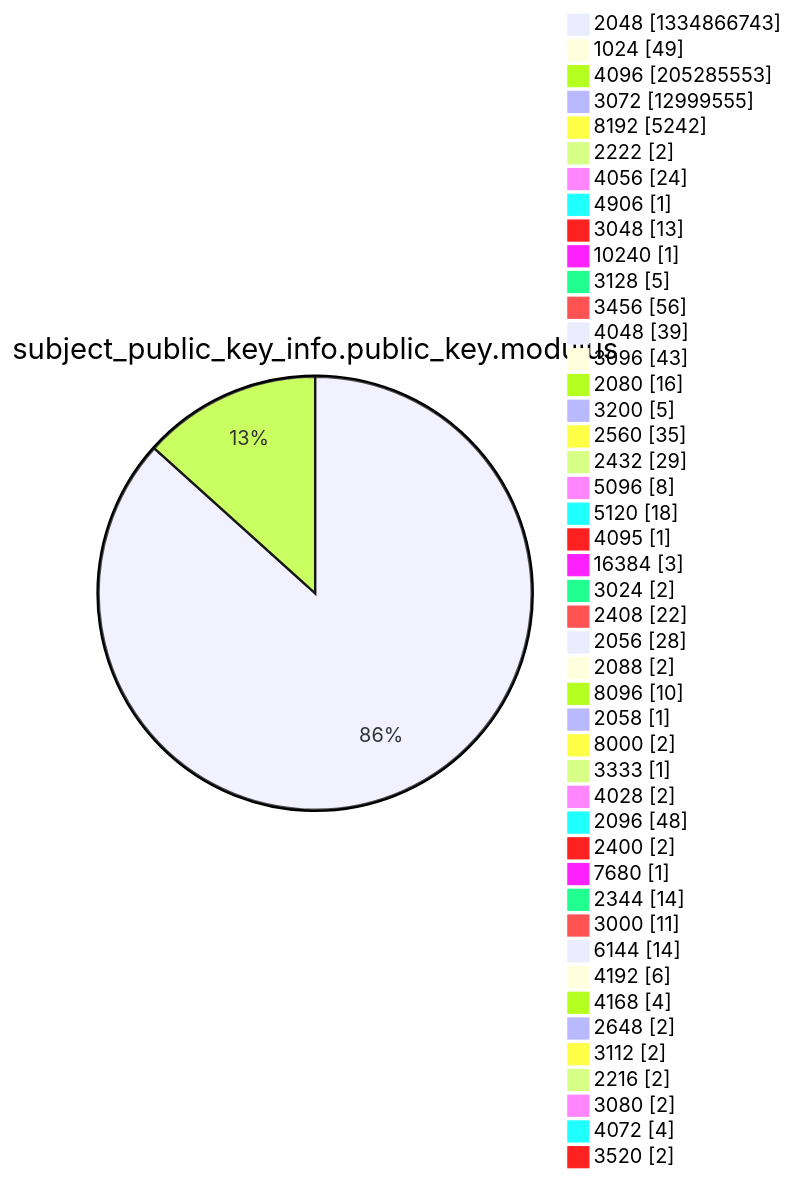
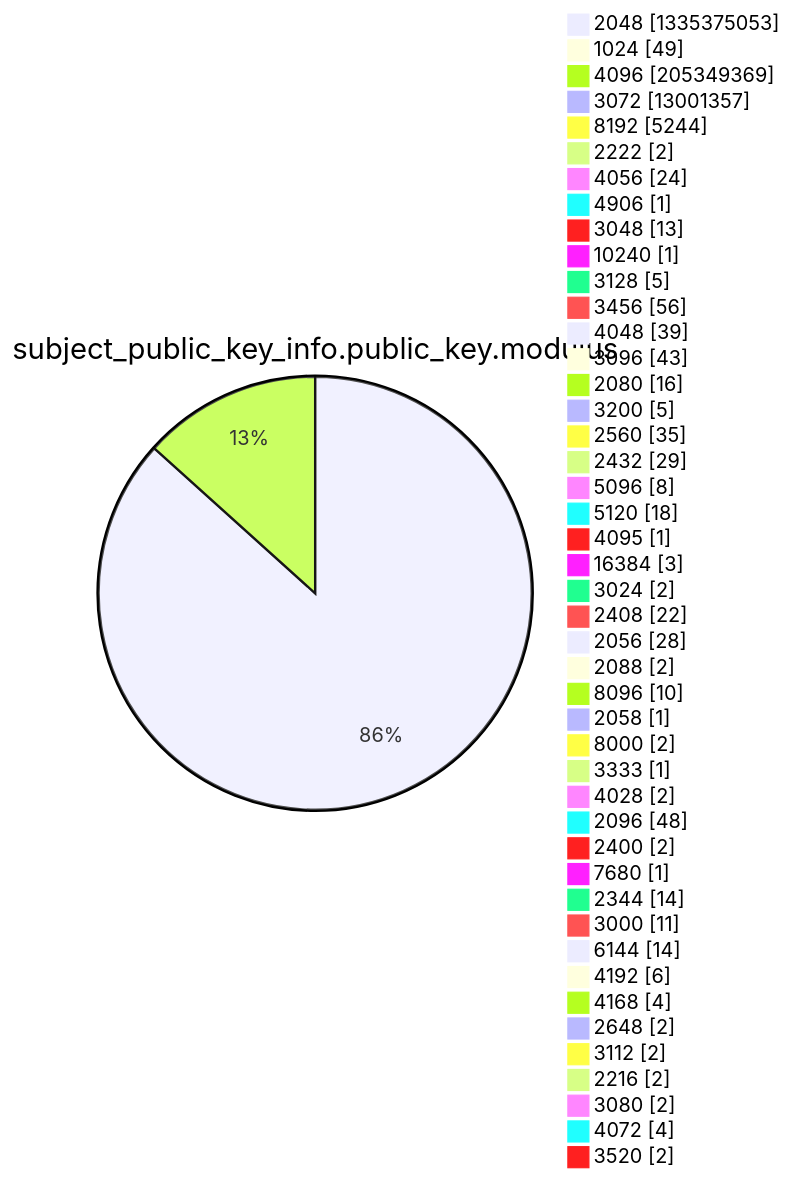
One commit to christiankrug/ctmonitor_visualization changed diagram 13 of 15 in xenon2022/README.md. Above: the diagram before and after it, drawn with Mermaid. The commit also changed other lines of this file, not shown here.

````diff
--- a/xenon2022/README.md
+++ b/xenon2022/README.md
@@ -3926,49 +3926,49 @@
 ```mermaid
 pie showData
 title subject_public_key_info.public_key.modulus
-"2048" :1334866743
+"2048" :1335375053
 "1024" :49
-"4096" :205285553
-"3072" :12999555
-"8192" :5242
+"4096" :205349369
+"3072" :13001357
+"8192" :5244
 "2222" :2
 "4056" :24
 "4906" :1
 "3048" :13
 "10240" :1
 "3128" :5
 "3456" :56
 "4048" :39
 "3096" :43
 "2080" :16
 "3200" :5
 "2560" :35
 "2432" :29
 "5096" :8
 "5120" :18
 "4095" :1
 "16384" :3
 "3024" :2
 "2408" :22
 "2056" :28
 "2088" :2
 "8096" :10
 "2058" :1
 "8000" :2
 "3333" :1
 "4028" :2
 "2096" :48
 "2400" :2
 "7680" :1
 "2344" :14
 "3000" :11
 "6144" :14
 "4192" :6
 "4168" :4
 "2648" :2
 "3112" :2
 "2216" :2
 "3080" :2
 "4072" :4
 "3520" :2
 ```
````
